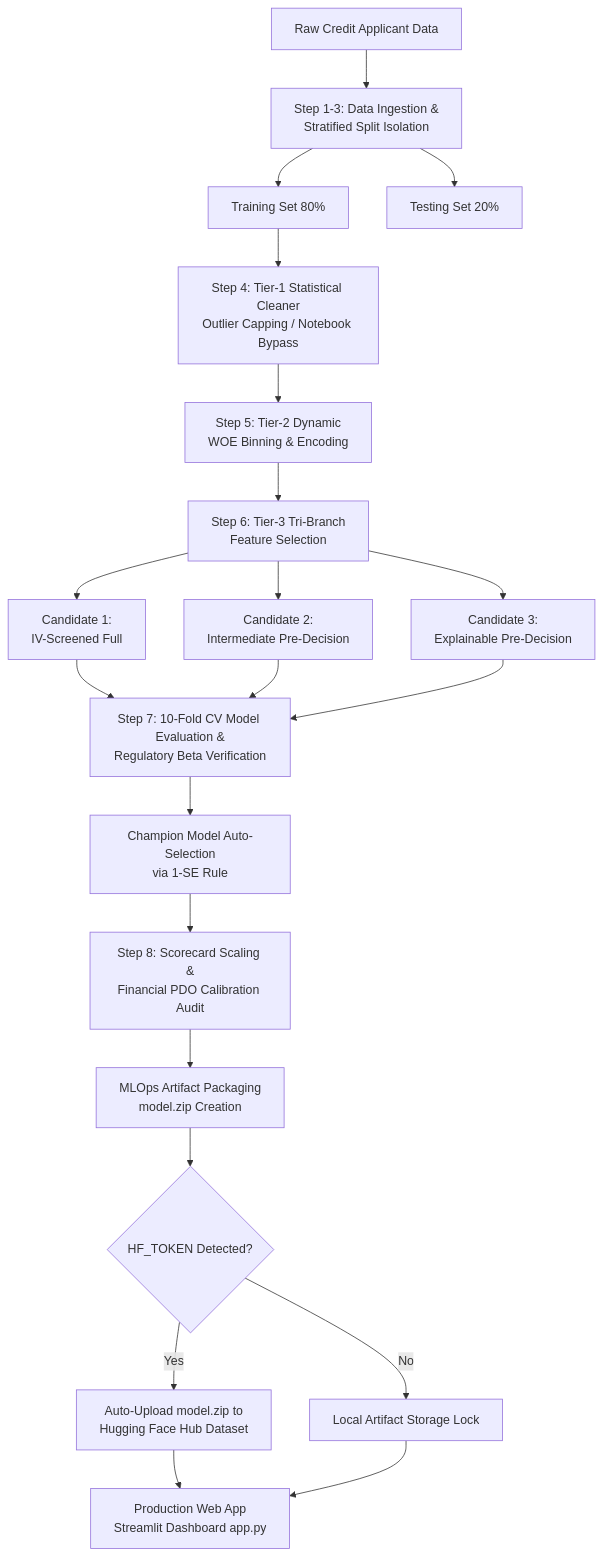
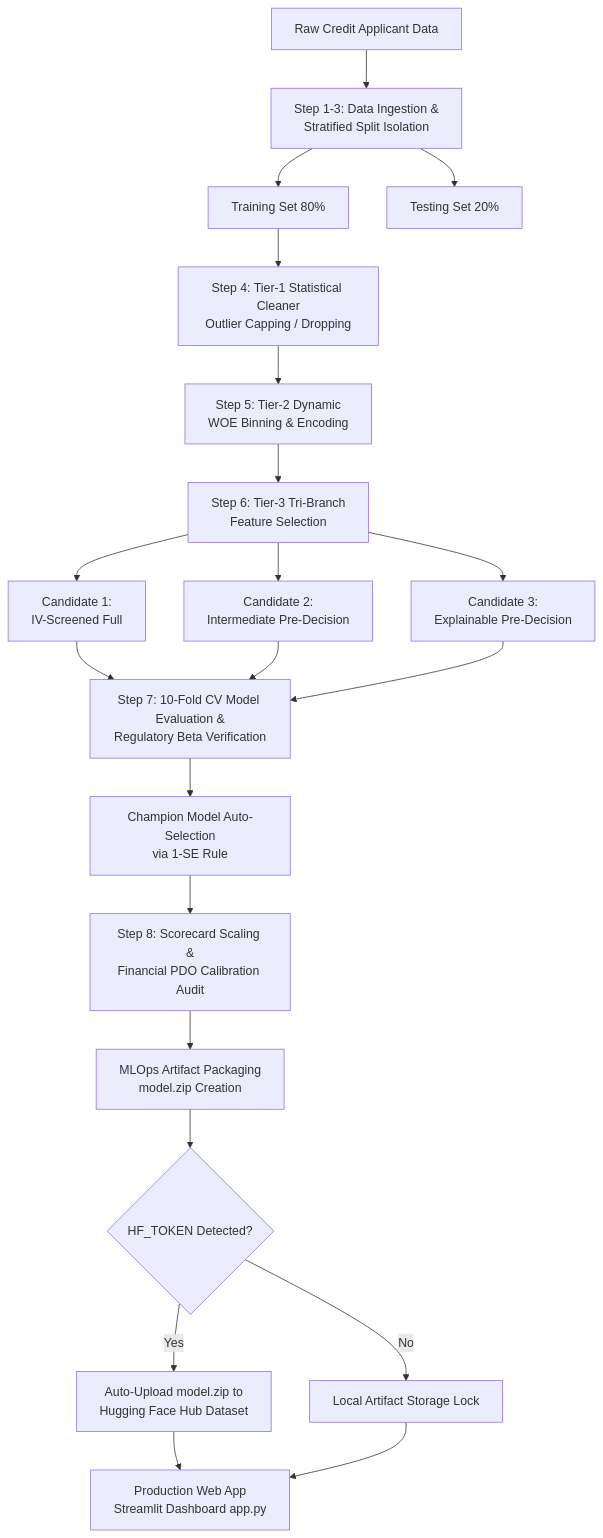
The diagram in README.md (AIVIETNAM-AIO-trungcan/Module-2), drawn with Mermaid before and after one commit.

````diff
--- a/README.md
+++ b/README.md
@@ -86,30 +86,30 @@
 ```mermaid
 flowchart TD
     A[Raw Credit Applicant Data] --> B[Step 1-3: Data Ingestion &<br>Stratified Split Isolation]
     B --> TrainSet[Training Set 80%]
     B --> TestSet[Testing Set 20%]
 
-    TrainSet --> C[Step 4: Tier-1 Statistical Cleaner<br>Outlier Capping / Notebook Bypass]
+    TrainSet --> C[Step 4: Tier-1 Statistical Cleaner<br>Outlier Capping / Dropping]
     C --> D[Step 5: Tier-2 Dynamic<br>WOE Binning & Encoding]
 
     D --> E[Step 6: Tier-3 Tri-Branch<br>Feature Selection]
     E --> F1[Candidate 1:<br>IV-Screened Full]
     E --> F2[Candidate 2:<br>Intermediate Pre-Decision]
     E --> F3[Candidate 3:<br>Explainable Pre-Decision]
 
     F1 --> G[Step 7: 10-Fold CV Model Evaluation &<br>Regulatory Beta Verification]
     F2 --> G
     F3 --> G
 
     G --> H[Champion Model Auto-Selection<br>via 1-SE Rule]
 
     H --> I[Step 8: Scorecard Scaling &<br>Financial PDO Calibration Audit]
     I --> J[MLOps Artifact Packaging<br>model.zip Creation]
 
     J --> K{HF_TOKEN Detected?}
     K -- Yes --> L[Auto-Upload model.zip to<br>Hugging Face Hub Dataset]
     K -- No --> M[Local Artifact Storage Lock]
 
     L --> N[Production Web App<br>Streamlit Dashboard app.py]
     M --> N
 ```
````
